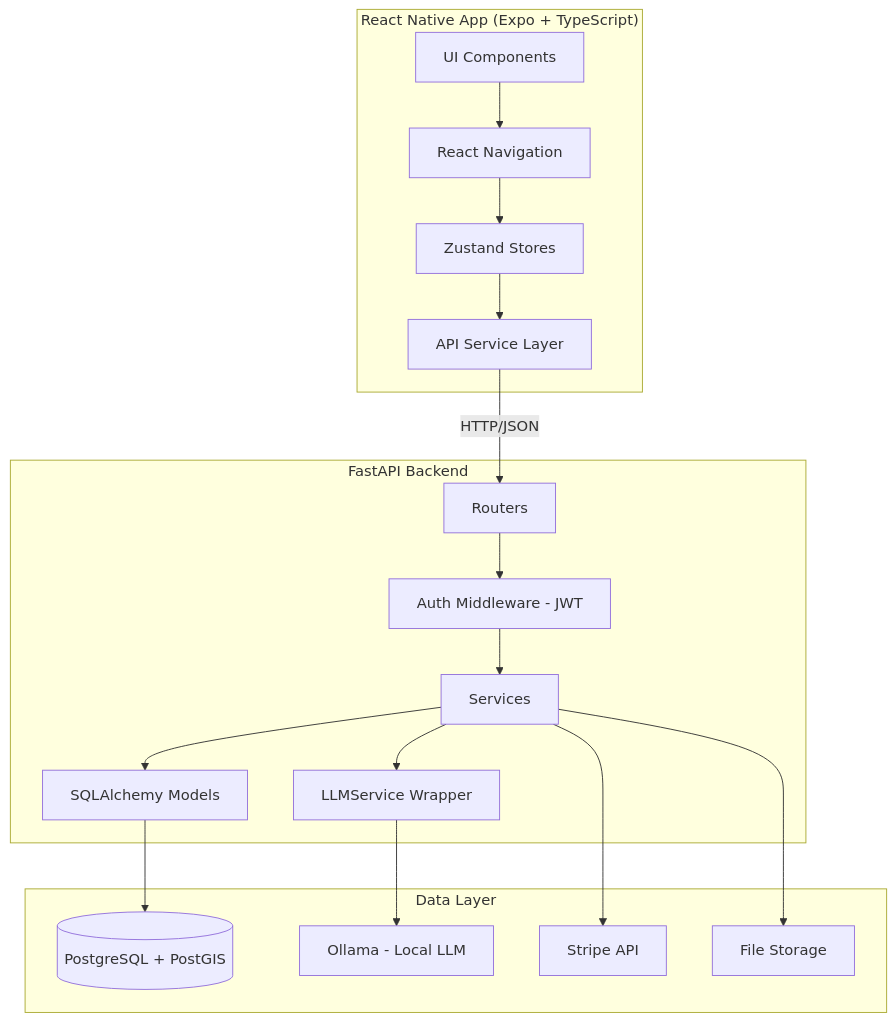
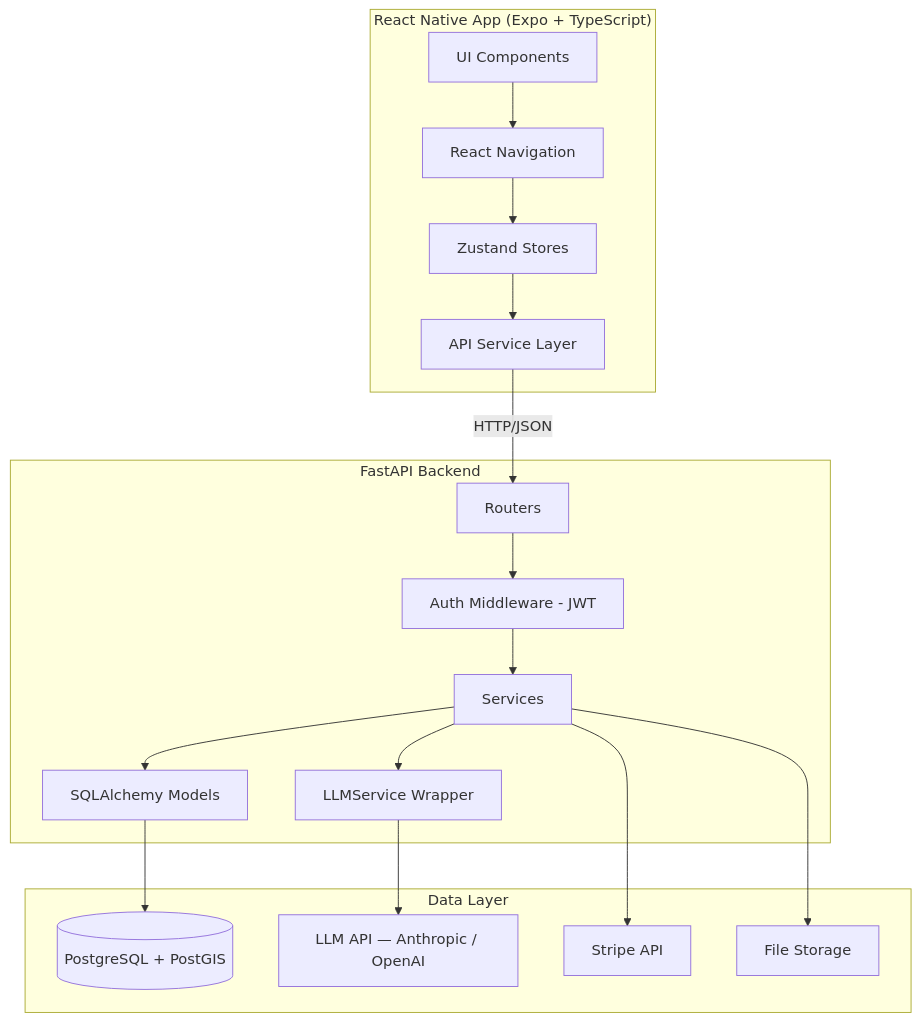
Before and after one commit to aliniacob13/FitPlus: the first of 5 diagrams in docs/arhitecture.md, drawn with Mermaid. The commit also changed other lines of this file and 7 other files, not shown here.

````diff
--- a/docs/arhitecture.md
+++ b/docs/arhitecture.md
@@ -11,37 +9,37 @@
 ```mermaid
 graph TB
     subgraph Mobile["React Native App (Expo + TypeScript)"]
         UI[UI Components]
         Nav[React Navigation]
         Store[Zustand Stores]
         API[API Service Layer]
     end
 
     subgraph Backend["FastAPI Backend"]
         Router[Routers]
         Service[Services]
         Models[SQLAlchemy Models]
         Auth[Auth Middleware - JWT]
         LLM[LLMService Wrapper]
     end
 
-    subgraph Data["Data Layer"]
+        subgraph Data["Data Layer"]
         PG[(PostgreSQL + PostGIS)]
-        Ollama[Ollama - Local LLM]
+        LLMCloud[LLM API — Anthropic / OpenAI]
         Stripe[Stripe API]
         FS[File Storage]
     end
 
     UI --> Nav
     Nav --> Store
     Store --> API
     API -->|HTTP/JSON| Router
     Router --> Auth
     Auth --> Service
     Service --> Models
     Models --> PG
     Service --> LLM
-    LLM --> Ollama
+    LLM --> LLMCloud
     Service --> Stripe
     Service --> FS
 ```
````
